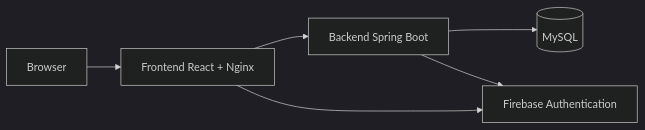
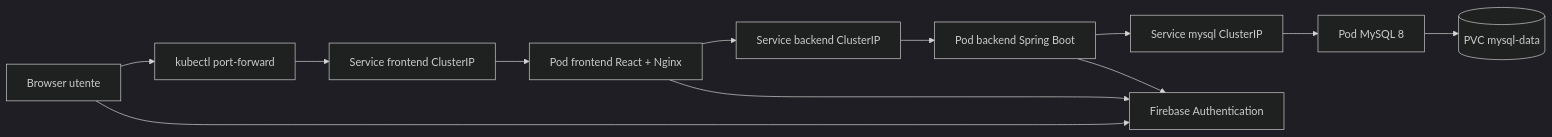
One commit to AlessioBoninti/smartmall changed the first of 2 diagrams in README.md. Above: the diagram before and after it, drawn with Mermaid (dark theme). The commit also changed other lines of this file and 1 other file, not shown here.

````diff
--- a/README.md
+++ b/README.md
@@ -425,8 +38,14 @@
 ```mermaid
 flowchart LR
-    browser[Browser] --> frontend[Frontend React + Nginx]
-    frontend --> backend[Backend Spring Boot]
-    backend --> mysql[(MySQL)]
-    frontend --> firebase[Firebase Authentication]
-    backend --> firebase
+    user[Browser utente] --> pf[kubectl port-forward]
+    pf --> frontendSvc[Service frontend ClusterIP]
+    frontendSvc --> frontendPod[Pod frontend React + Nginx]
+    frontendPod --> backendSvc[Service backend ClusterIP]
+    backendSvc --> backendPod[Pod backend Spring Boot]
+    backendPod --> mysqlSvc[Service mysql ClusterIP]
+    mysqlSvc --> mysqlPod[Pod MySQL 8]
+    mysqlPod --> pvc[(PVC mysql-data)]
+    user --> firebase[Firebase Authentication]
+    frontendPod --> firebase
+    backendPod --> firebase
 ```
````
